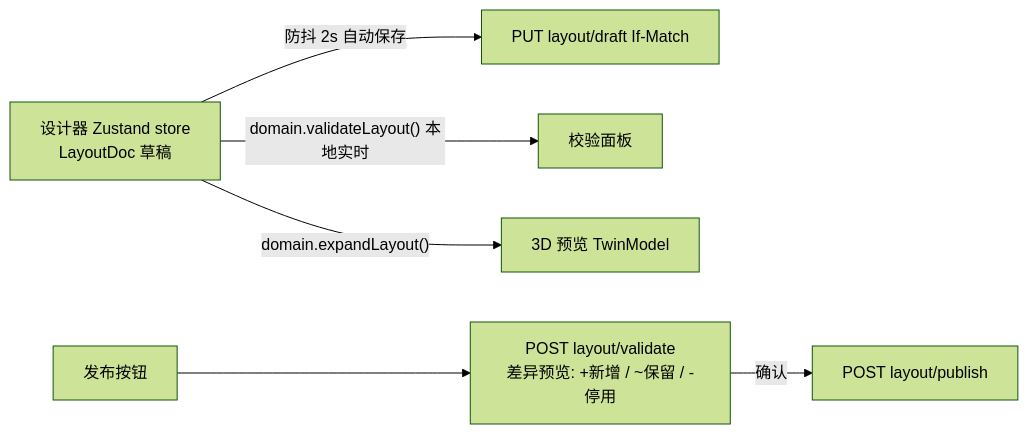
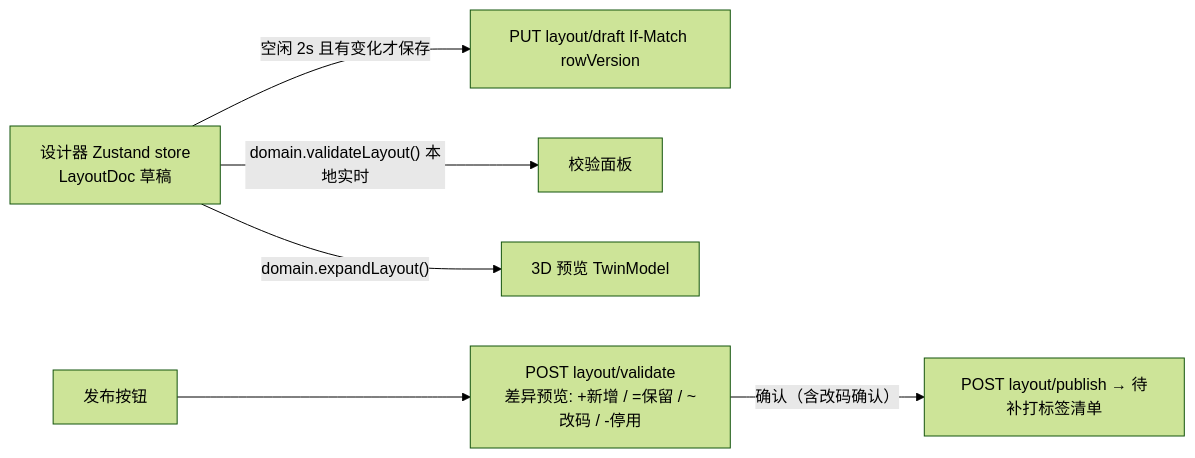
One commit to leiseek/wms3d changed the diagram in docs/05-admin-and-layout-designer.md. Above: the diagram before and after it, drawn with Mermaid (forest theme). The commit also changed other lines of this file and 3 other files, not shown here.

````diff
--- a/docs/05-admin-and-layout-designer.md
+++ b/docs/05-admin-and-layout-designer.md
@@ -38,8 +40,8 @@
 ```mermaid
 flowchart LR
-  E[设计器 Zustand store<br/>LayoutDoc 草稿] -- 防抖 2s 自动保存 --> D[PUT layout/draft If-Match]
+  E[设计器 Zustand store<br/>LayoutDoc 草稿] -- 空闲 2s 且有变化才保存 --> D[PUT layout/draft If-Match rowVersion]
   E -- domain.validateLayout() 本地实时 --> V[校验面板]
   E -- domain.expandLayout() --> P[3D 预览 TwinModel]
-  B[发布按钮] --> VAL[POST layout/validate<br/>差异预览: +新增 / ~保留 / -停用]
-  VAL -->|确认| PUB[POST layout/publish]
+  B[发布按钮] --> VAL[POST layout/validate<br/>差异预览: +新增 / =保留 / ~改码 / -停用]
+  VAL -->|确认（含改码确认）| PUB[POST layout/publish → 待补打标签清单]
 ```
````
